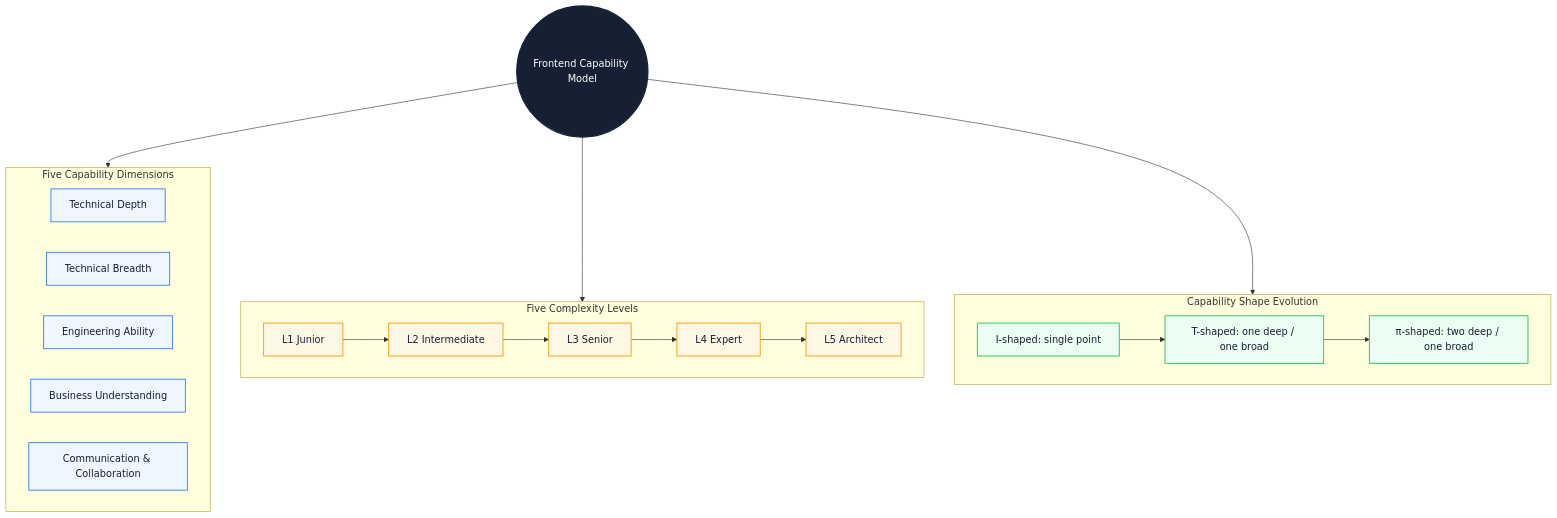
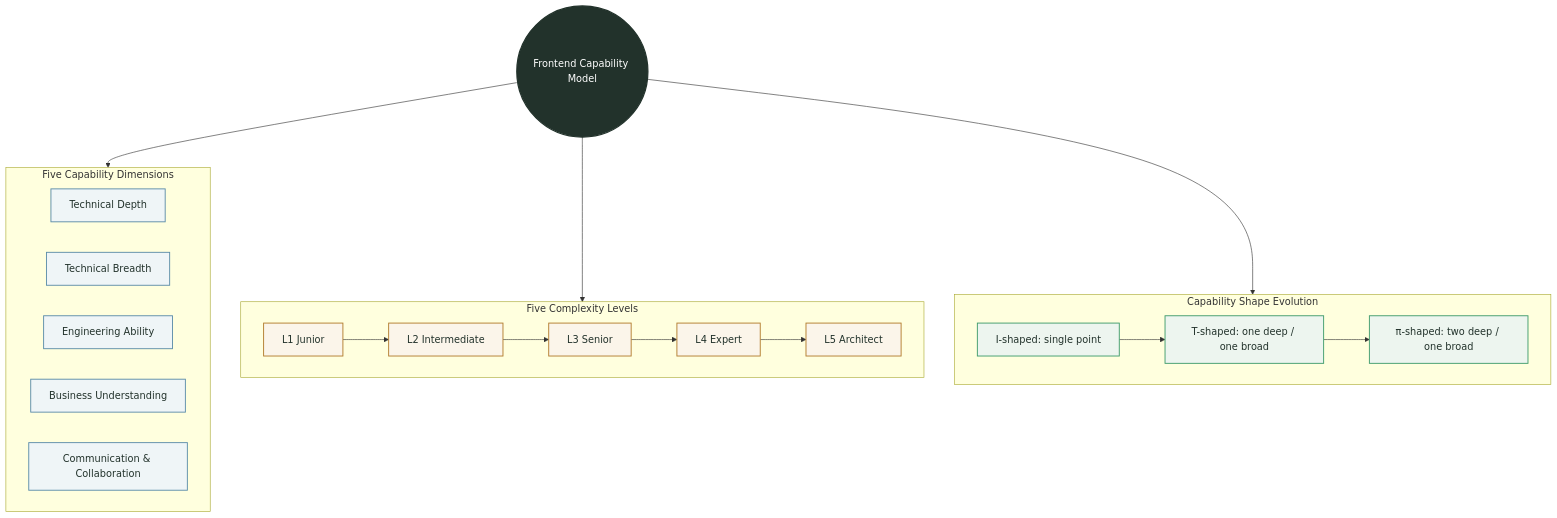
One commit to Fatejian/frontier-vault changed the first of 3 diagrams in docs/en/career/capability-model.md. Above: the diagram before and after it, drawn with Mermaid. The commit also changed other lines of this file and 63 other files, not shown here.

````diff
--- a/docs/en/career/capability-model.md
+++ b/docs/en/career/capability-model.md
@@ -59,45 +59,45 @@
 ```mermaid
 flowchart TB
     Core(("Frontend Capability Model"))
 
     subgraph Dimensions["Five Capability Dimensions"]
         direction LR
         D1["Technical Depth"]
         D2["Technical Breadth"]
         D3["Engineering Ability"]
         D4["Business Understanding"]
         D5["Communication & Collaboration"]
     end
 
     subgraph Levels["Five Complexity Levels"]
         direction LR
         L1["L1 Junior"]
         L2["L2 Intermediate"]
         L3["L3 Senior"]
         L4["L4 Expert"]
         L5["L5 Architect"]
         L1 --> L2 --> L3 --> L4 --> L5
     end
 
     subgraph Shape["Capability Shape Evolution"]
         direction LR
         S1["I-shaped: single point"]
         S2["T-shaped: one deep / one broad"]
         S3["π-shaped: two deep / one broad"]
         S1 --> S2 --> S3
     end
 
     Core --> Dimensions
     Core --> Levels
     Core --> Shape
 
-    classDef core fill:#172033,color:#fff,stroke:#172033,stroke-width:2px;
-    classDef wait fill:#EEF6FF,stroke:#3B82F6,color:#172033,stroke-width:1.5px;
-    classDef block fill:#FFF7E6,stroke:#F59E0B,color:#172033,stroke-width:1.5px;
-    classDef work fill:#ECFDF3,stroke:#22C55E,color:#172033,stroke-width:1.5px;
+    classDef core fill:#22322B,color:#fff,stroke:#22322B,stroke-width:2px;
+    classDef wait fill:#EFF5F7,stroke:#5B8CA8,color:#22322B,stroke-width:1.5px;
+    classDef block fill:#FBF5EA,stroke:#B27B2C,color:#22322B,stroke-width:1.5px;
+    classDef work fill:#EDF5EF,stroke:#3E9B6B,color:#22322B,stroke-width:1.5px;
 
     class Core core;
     class D1,D2,D3,D4,D5 wait;
     class L1,L2,L3,L4,L5 block;
     class S1,S2,S3 work;
 ```
````
